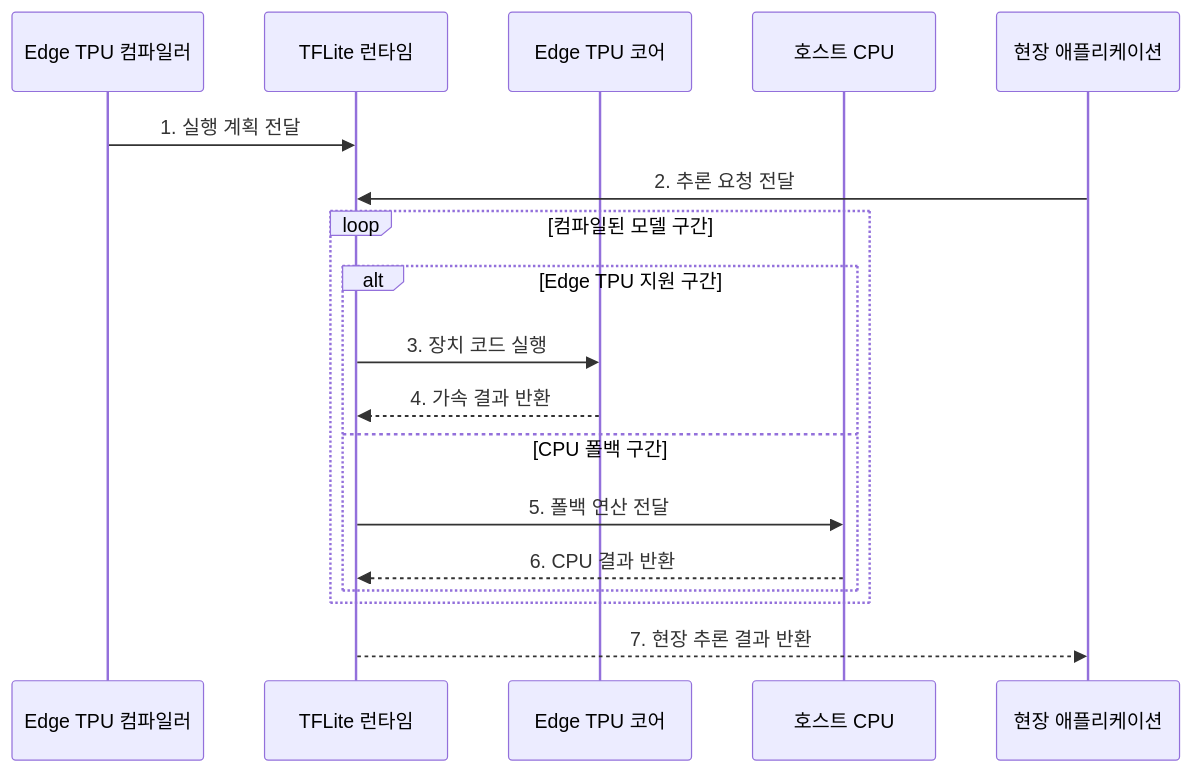
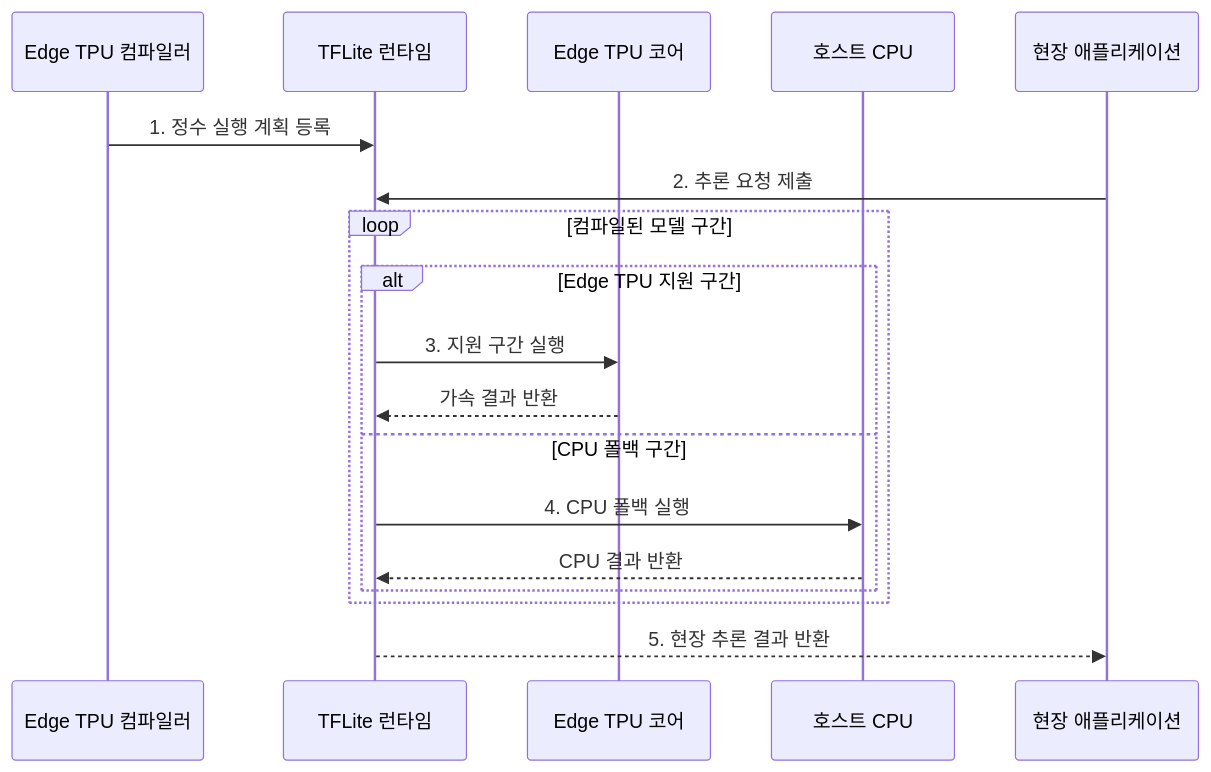
Before and after one commit to agnusdei1207/knowledge-base: the second of 2 diagrams in src/content/docs/notes/02-hardware/045_edge_tpu.md, drawn with Mermaid. The commit also changed other lines of this file and 86 other files, not shown here.

````diff
--- a/src/content/docs/notes/02-hardware/045_edge_tpu.md
+++ b/src/content/docs/notes/02-hardware/045_edge_tpu.md
@@ -87,21 +87,21 @@
 ```mermaid
 sequenceDiagram
     participant C as Edge TPU 컴파일러
     participant R as TFLite 런타임
     participant E as Edge TPU 코어
     participant H as 호스트 CPU
     participant A as 현장 애플리케이션
 
-    C->>R: 1. 실행 계획 전달
-    A->>R: 2. 추론 요청 전달
+    C->>R: 1. 정수 실행 계획 등록
+    A->>R: 2. 추론 요청 제출
     loop 컴파일된 모델 구간
         alt Edge TPU 지원 구간
-            R->>E: 3. 장치 코드 실행
-            E-->>R: 4. 가속 결과 반환
+            R->>E: 3. 지원 구간 실행
+            E-->>R: 가속 결과 반환
         else CPU 폴백 구간
-            R->>H: 5. 폴백 연산 전달
-            H-->>R: 6. CPU 결과 반환
+            R->>H: 4. CPU 폴백 실행
+            H-->>R: CPU 결과 반환
         end
     end
-    R-->>A: 7. 현장 추론 결과 반환
+    R-->>A: 5. 현장 추론 결과 반환
 ```
````
